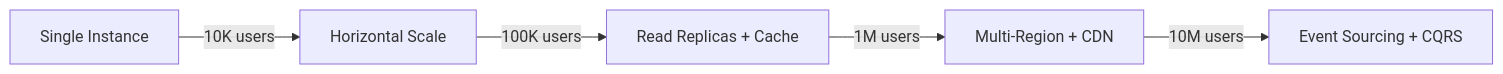
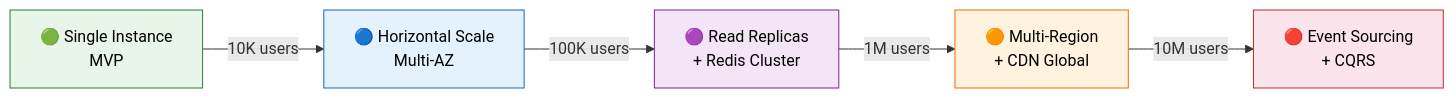
Before and after one commit to harib8000/wed: diagram 18 of 29 in README.md, drawn with Mermaid. The commit also changed other lines of this file and 1 other file, not shown here.

````diff
--- a/README.md
+++ b/README.md
@@ -781,7 +1214,13 @@
 ```mermaid
-graph LR
-  A[Single Instance] -->|10K users| B[Horizontal Scale]
-  B -->|100K users| C[Read Replicas + Cache]
-  C -->|1M users| D[Multi-Region + CDN]
-  D -->|10M users| E[Event Sourcing + CQRS]
+flowchart LR
+    A["🟢 Single Instance<br/>MVP"] -->|10K users| B["🔵 Horizontal Scale<br/>Multi-AZ"]
+    B -->|100K users| C["🟣 Read Replicas<br/>+ Redis Cluster"]
+    C -->|1M users| D["🟠 Multi-Region<br/>+ CDN Global"]
+    D -->|10M users| E["🔴 Event Sourcing<br/>+ CQRS"]
+
+    style A fill:#e8f5e9,stroke:#2e7d32,color:#000
+    style B fill:#e3f2fd,stroke:#1565c0,color:#000
+    style C fill:#f3e5f5,stroke:#7b1fa2,color:#000
+    style D fill:#fff3e0,stroke:#ef6c00,color:#000
+    style E fill:#fce4ec,stroke:#c62828,color:#000
 ```
````
